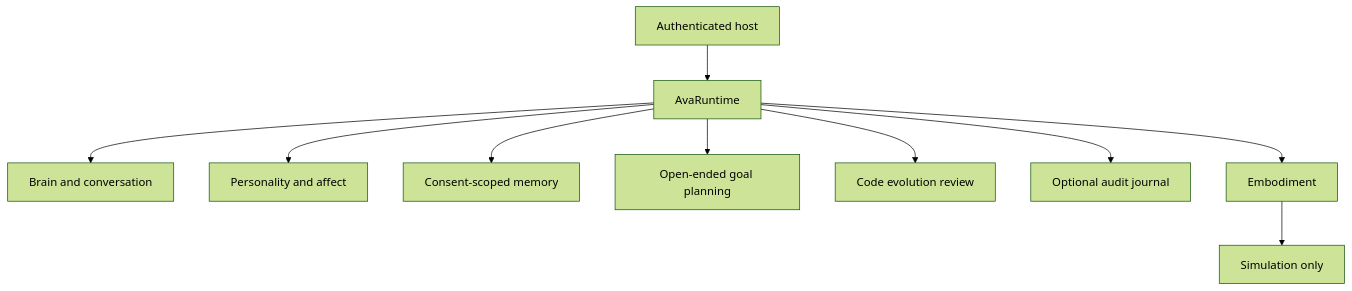
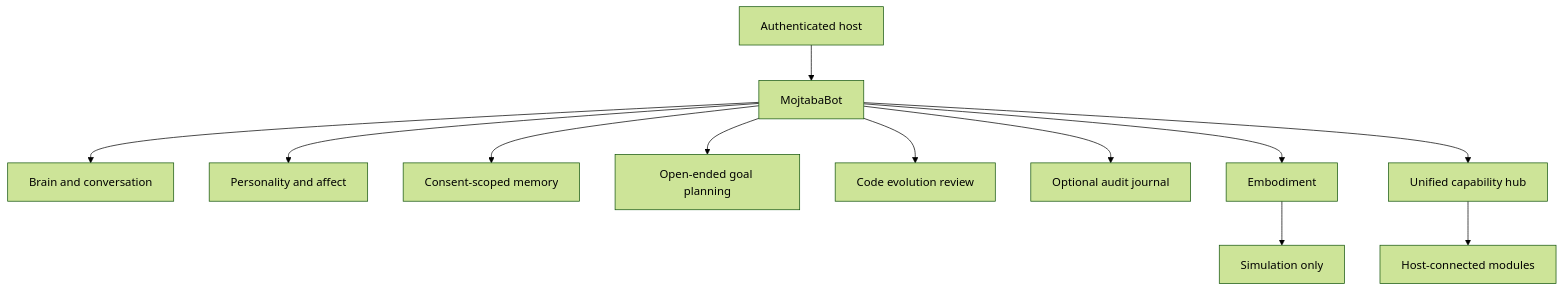
Before and after one commit to mojtabarozegar11-ship-it/Saeit: the diagram in ava_core/ARCHITECTURE.md, drawn with Mermaid (forest theme). The commit also changed other lines of this file, not shown here.

Commit message:
feat(mojtaba-bot): consolidate canonical identity and capability gateway

````diff
--- a/ava_core/ARCHITECTURE.md
+++ b/ava_core/ARCHITECTURE.md
@@ -10,12 +11,14 @@
 ```mermaid
 flowchart TD
-  U["Authenticated host"] --> R["AvaRuntime"]
+  U["Authenticated host"] --> R["MojtabaBot"]
   R --> C["Brain and conversation"]
   R --> A["Personality and affect"]
   R --> M["Consent-scoped memory"]
   R --> G["Open-ended goal planning"]
   R --> V["Code evolution review"]
   R --> J["Optional audit journal"]
   R --> E["Embodiment"]
+  R --> H["Unified capability hub"]
+  H --> L["Host-connected modules"]
   E --> S["Simulation only"]
 ```
````
